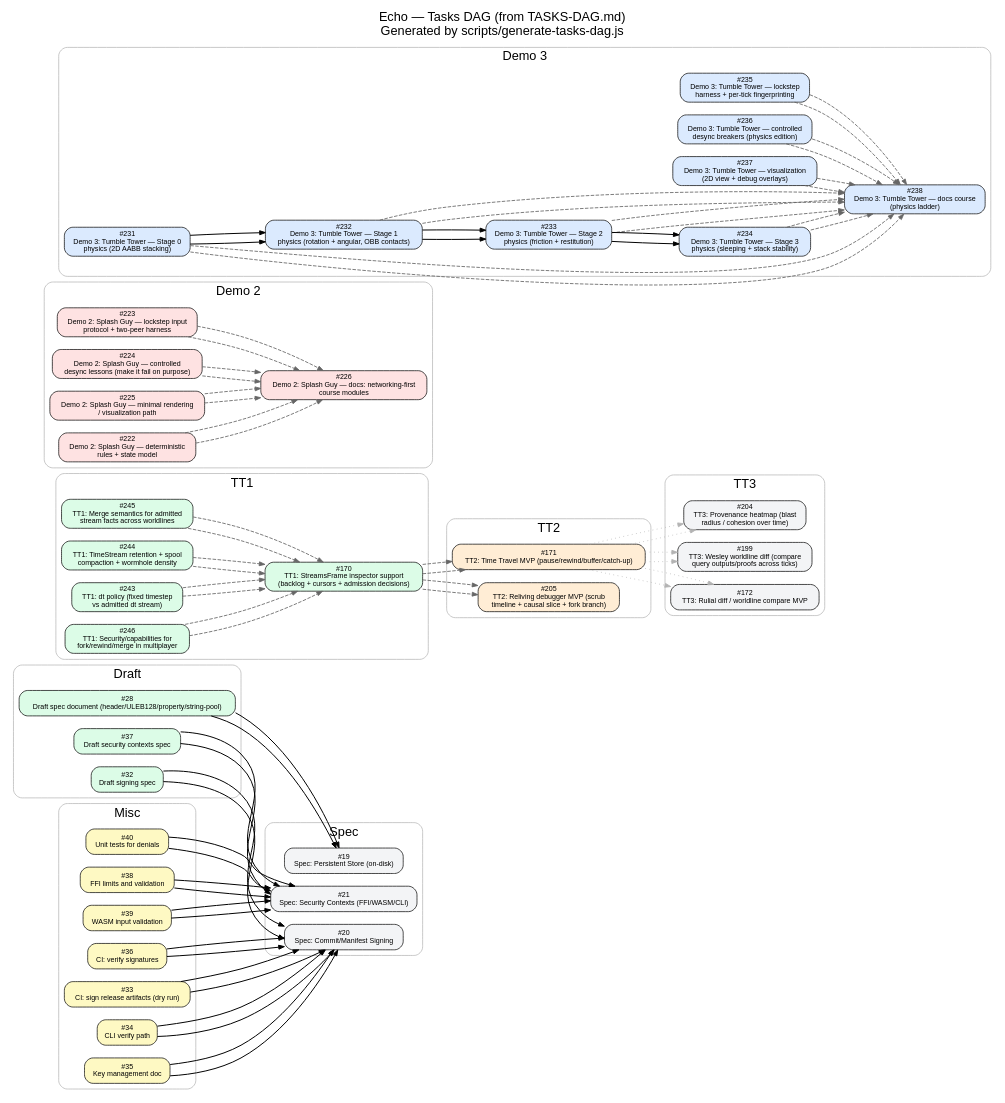
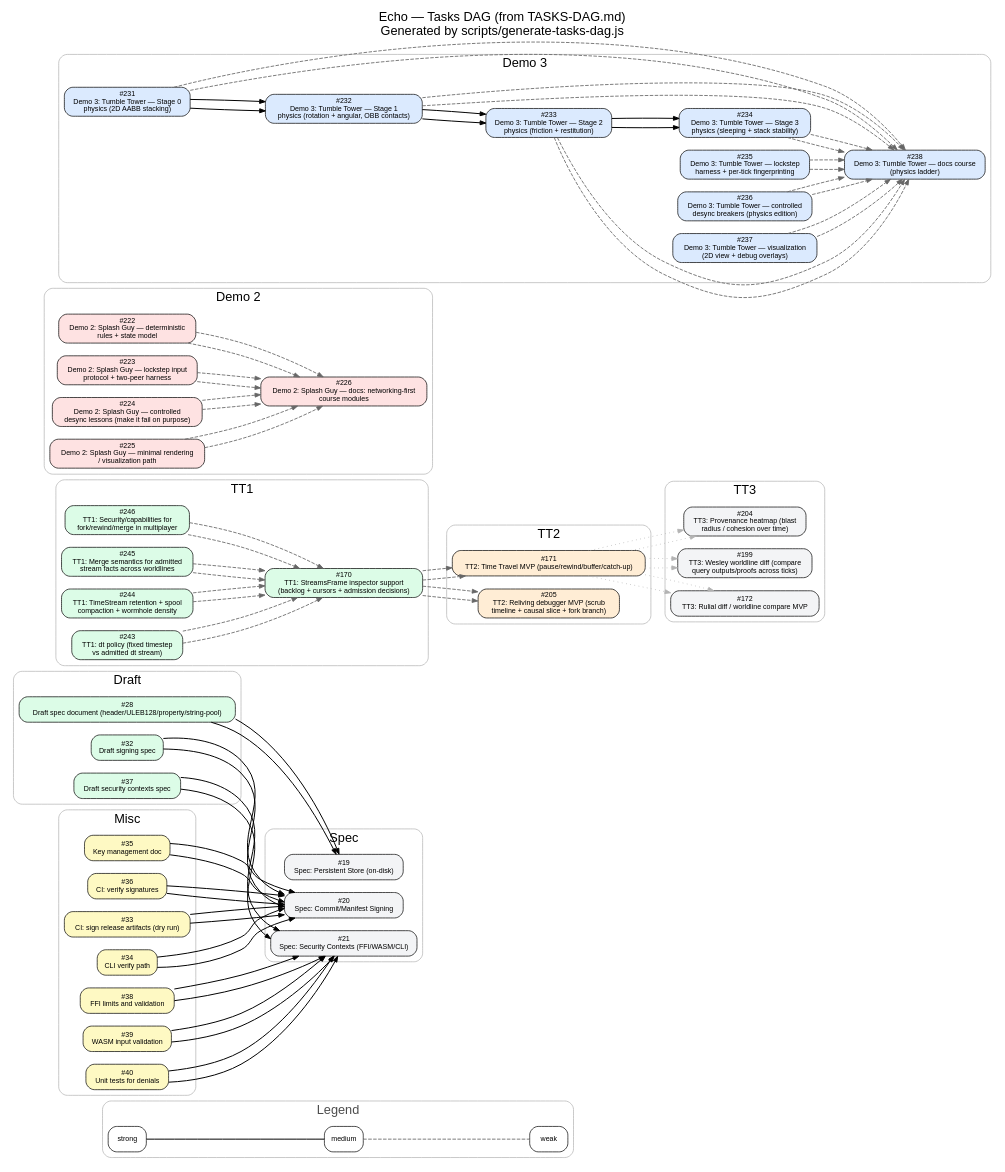
Before and after one commit to flyingrobots/echo: the diagram in docs/assets/dags-2/tasks-dag.dot, drawn with Graphviz. The commit also changed 2 other files, not shown here.

Commit message:
fix: add legend to tasks-dag visualization
Adds the standard confidence legend (strong/medium/weak) to the
generated tasks graph so the edge styles are self-explanatory.

```diff
--- a/docs/assets/dags-2/tasks-dag.dot
+++ b/docs/assets/dags-2/tasks-dag.dot
@@ -4,6 +4,18 @@
   edge [fontname="Helvetica", fontsize=9, arrowsize=0.8];
   label="Echo — Tasks DAG (from TASKS-DAG.md)
 Generated by scripts/generate-tasks-dag.js";
+
+  subgraph cluster_legend {
+    label="Legend";
+    color="gray70";
+    fontcolor="gray30";
+    style="rounded";
+    L1 [label="strong", fillcolor="#ffffff"];
+    L2 [label="medium", fillcolor="#ffffff"];
+    L3 [label="weak", fillcolor="#ffffff"];
+    L1 -> L2 [arrowhead=none, color="black", penwidth=1.4, style="solid"];
+    L2 -> L3 [arrowhead=none, color="gray40", penwidth=1.2, style="dashed"];
+  }
 
   subgraph cluster_Spec {
     label="Spec";
```
